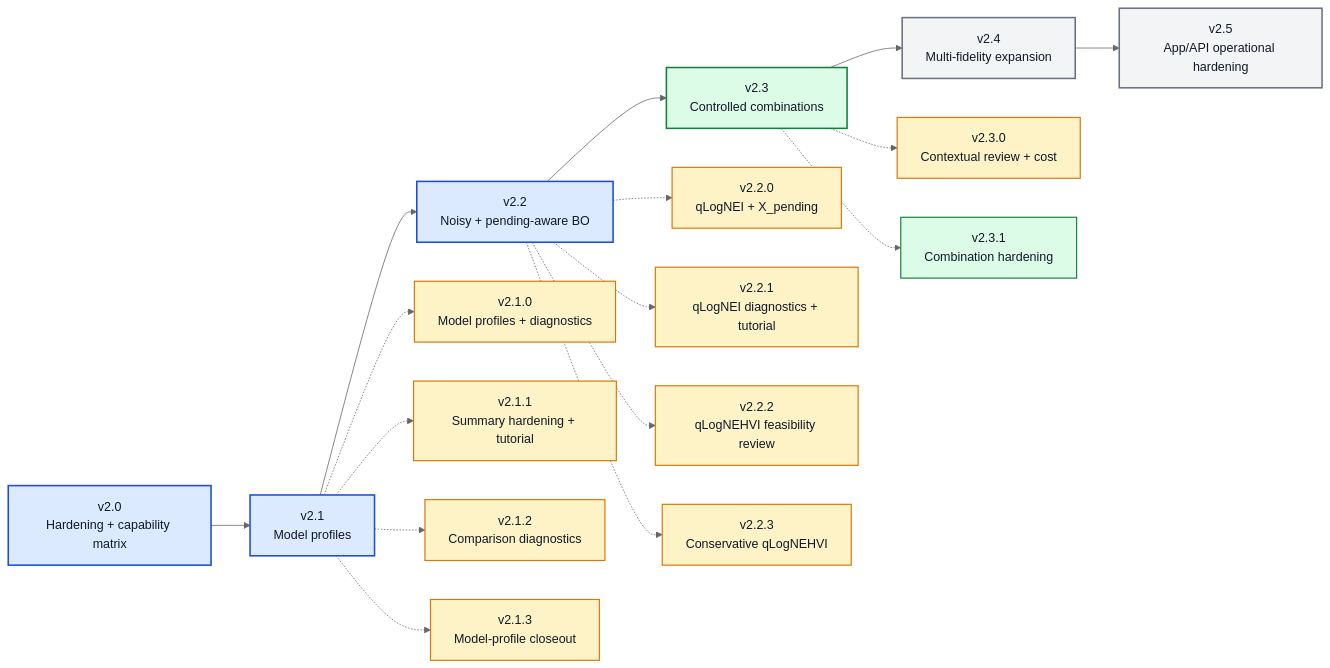
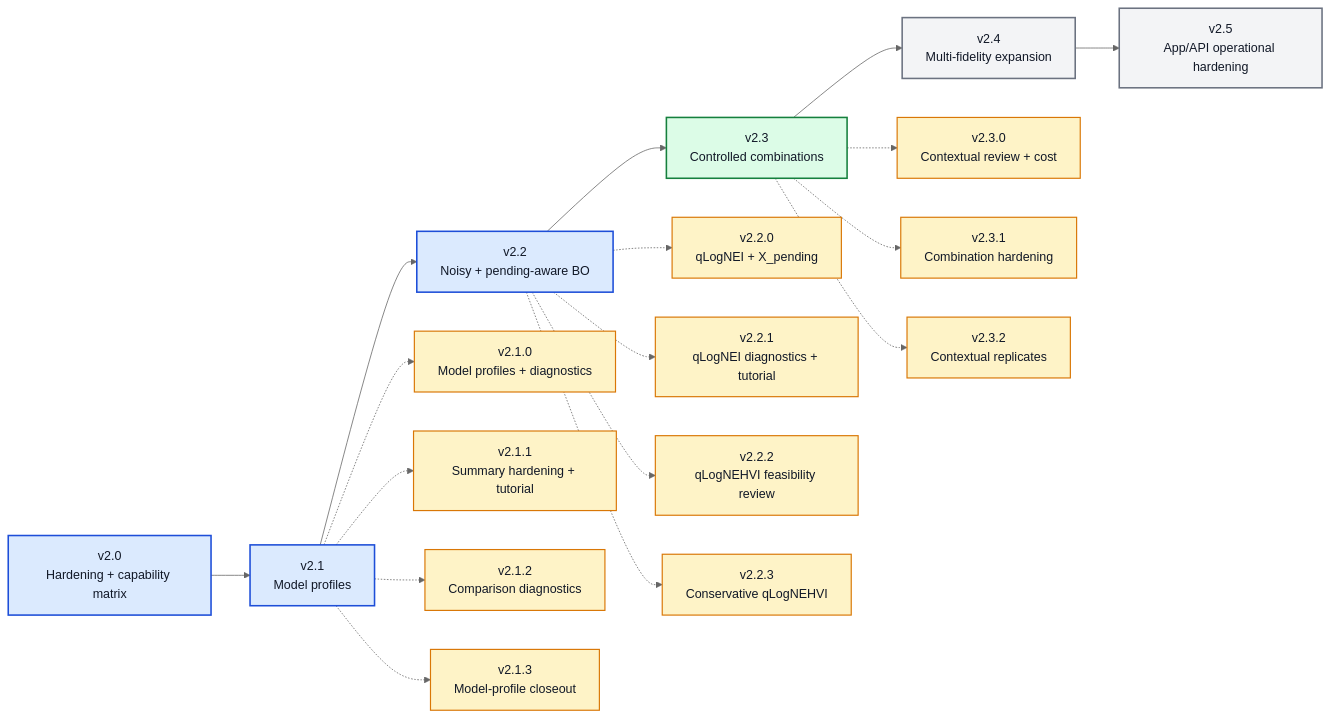
The diagram in ROADMAP_V2_X.md (angzeli/bo-forge), drawn with Mermaid (neutral theme) before and after one commit. The commit also changed other lines of this file and 32 other files, not shown here.

````diff
--- a/ROADMAP_V2_X.md
+++ b/ROADMAP_V2_X.md
@@ -15,40 +14,41 @@
 ```mermaid
 flowchart LR
     v20["v2.0<br/>Hardening + capability matrix"] --> v21["v2.1<br/>Model profiles"] --> v22["v2.2<br/>Noisy + pending-aware BO"] --> v23["v2.3<br/>Controlled combinations"] --> v24["v2.4<br/>Multi-fidelity expansion"] --> v25["v2.5<br/>App/API operational hardening"]
 
     v210["v2.1.0<br/>Model profiles + diagnostics"]
     v211["v2.1.1<br/>Summary hardening + tutorial"]
     v212["v2.1.2<br/>Comparison diagnostics"]
     v213["v2.1.3<br/>Model-profile closeout"]
     v220["v2.2.0<br/>qLogNEI + X_pending"]
     v221["v2.2.1<br/>qLogNEI diagnostics + tutorial"]
     v222["v2.2.2<br/>qLogNEHVI feasibility review"]
     v223["v2.2.3<br/>Conservative qLogNEHVI"]
     v230["v2.3.0<br/>Contextual review + cost"]
     v231["v2.3.1<br/>Combination hardening"]
+    v232["v2.3.2<br/>Contextual replicates"]
 
     v21 -.-> v210
     v21 -.-> v211
     v21 -.-> v212
     v21 -.-> v213
     v22 -.-> v220
     v22 -.-> v221
     v22 -.-> v222
     v22 -.-> v223
     v23 -.-> v230
     v23 -.-> v231
+    v23 -.-> v232
 
     class v10,v20,v21,v22 majorDone
     class v23 majorActive
     class v24,v25 majorFuture
     class v210,v211,v212,v213 patchDone
     class v220,v221,v222,v223 patchDone
-    class v230 patchDone
-    class v231 patchActive
+    class v230,v231,v232 patchDone
 
     classDef majorDone fill:#dbeafe,stroke:#1d4ed8,stroke-width:2px,color:#111827;
     classDef majorActive fill:#dcfce7,stroke:#15803d,stroke-width:2px,color:#111827;
     classDef majorFuture fill:#f3f4f6,stroke:#6b7280,stroke-width:2px,color:#111827;
     classDef patchDone fill:#fef3c7,stroke:#d97706,stroke-width:1.5px,color:#111827;
     classDef patchActive fill:#dcfce7,stroke:#15803d,stroke-width:1.5px,color:#111827;
 ```
````
